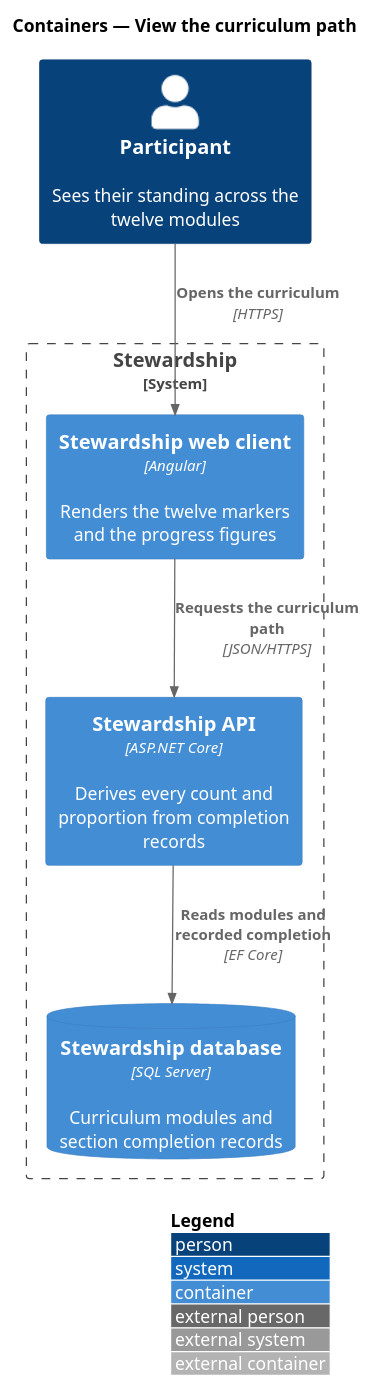
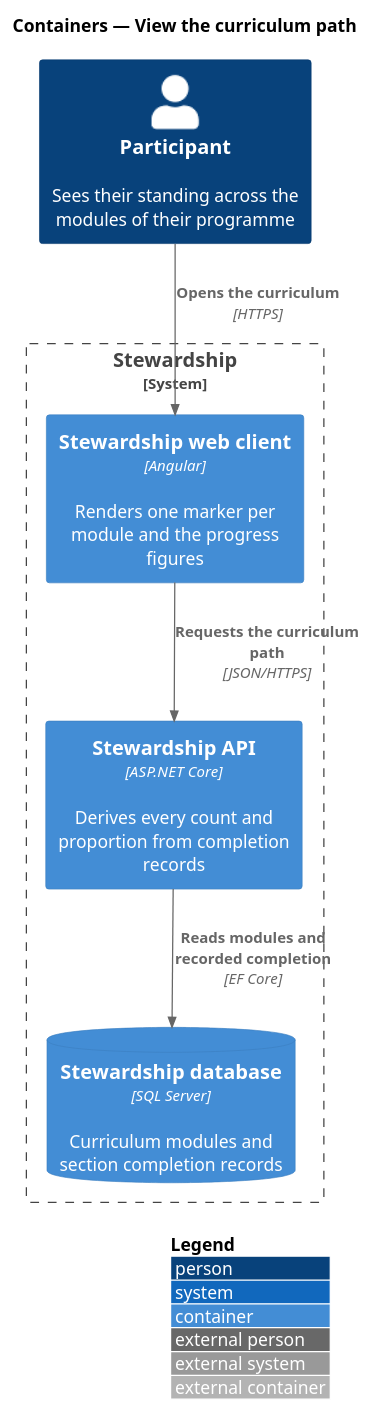
The diagram in docs/detailed-designs/curriculum/view-path/diagrams/c4-container.puml (QuinntyneBrown/quinntyne-brown-stewardship), drawn with PlantUML before and after one commit. The commit also changed 85 other files, not shown here.

```diff
--- a/docs/detailed-designs/curriculum/view-path/diagrams/c4-container.puml
+++ b/docs/detailed-designs/curriculum/view-path/diagrams/c4-container.puml
@@ -1,16 +1,16 @@
 @startuml
 !include <C4/C4_Container>
 LAYOUT_WITH_LEGEND()
 title Containers — View the curriculum path
 
-Person(participant, "Participant", "Sees their standing across the twelve modules")
+Person(participant, "Participant", "Sees their standing across the modules of their programme")
 System_Boundary(stewardship, "Stewardship") {
-  Container(spa, "Stewardship web client", "Angular", "Renders the twelve markers and the progress figures")
+  Container(spa, "Stewardship web client", "Angular", "Renders one marker per module and the progress figures")
   Container(api, "Stewardship API", "ASP.NET Core", "Derives every count and proportion from completion records")
   ContainerDb(db, "Stewardship database", "SQL Server", "Curriculum modules and section completion records")
 }
 
 Rel(participant, spa, "Opens the curriculum", "HTTPS")
 Rel(spa, api, "Requests the curriculum path", "JSON/HTTPS")
 Rel(api, db, "Reads modules and recorded completion", "EF Core")
 @enduml
```
